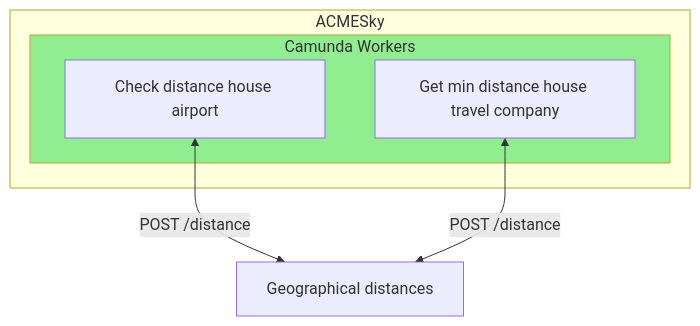
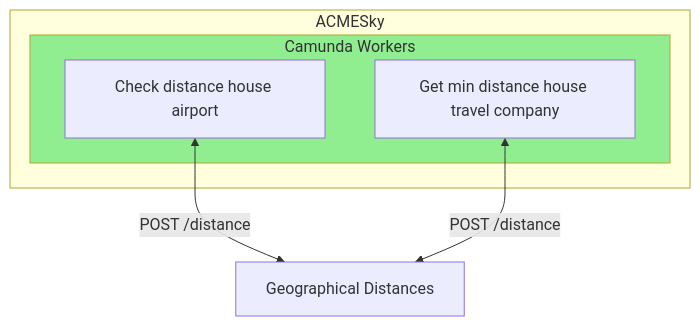
One commit to sosengers/project-documentation changed the sixth of 8 diagrams in docs/implementazione/acmesky.md. Above: the diagram before and after it, drawn with Mermaid. The commit also changed other lines of this file and 1 other file, not shown here.

````diff
--- a/docs/implementazione/acmesky.md
+++ b/docs/implementazione/acmesky.md
@@ -160,14 +163,14 @@
 ```mermaid
 graph TD
-CW1 <-->|POST /distance| GD[Geographical distances]
-CW2 <-->|POST /distance| GD[Geographical distances]
+CW1 <-->|POST /distance| GD[Geographical Distances]
+CW2 <-->|POST /distance| GD[Geographical Distances]
 
 subgraph ACMESky
 subgraph Camunda-Workers[Camunda Workers]
 CW1[Check distance house airport]
 CW2[Get min distance house travel company]
 end
 end
 
 style Camunda-Workers fill:#90EE90
 ```
````
